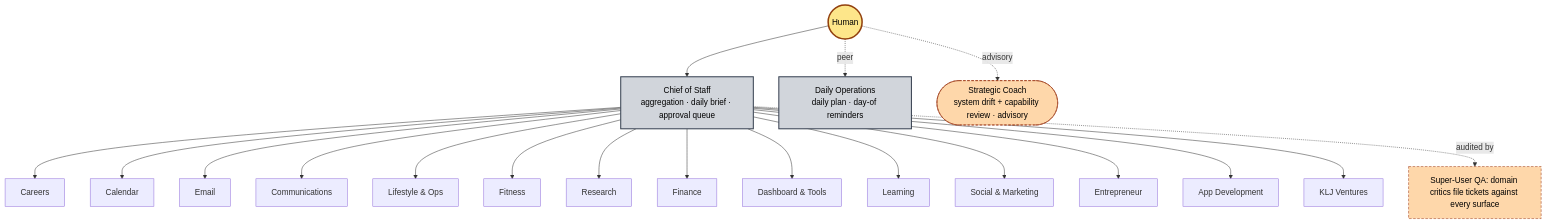
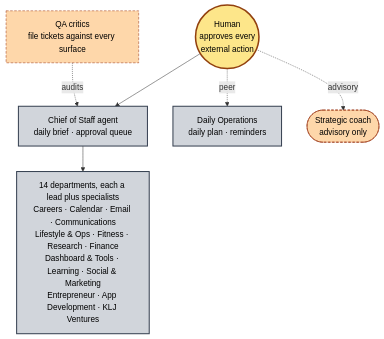
One commit to khlittlejohn-hue/executive-office changed the diagram in README.md. Above: the diagram before and after it, drawn with Mermaid. The commit also changed other lines of this file and 3 other files, not shown here.

````diff
--- a/README.md
+++ b/README.md
@@ -43,36 +66,21 @@
 ```mermaid
 flowchart TB
-    Principal(("Human"))
-    COS["Chief of Staff<br/>aggregation · daily brief · approval queue"]
-    DOPS["Daily Operations<br/>daily plan · day-of reminders"]
-    Coach(["Strategic Coach<br/>system drift + capability review · advisory"])
+    Human(("Human<br/>approves every<br/>external action"))
+    COS["Chief of Staff agent<br/>daily brief · approval queue"]
+    DEPTS["14 departments, each a lead plus specialists<br/>Careers · Calendar · Email · Communications<br/>Lifestyle & Ops · Fitness · Research · Finance<br/>Dashboard & Tools · Learning · Social & Marketing<br/>Entrepreneur · App Development · KLJ Ventures"]
+    QA["QA critics<br/>file tickets against every surface"]
+    DOPS["Daily Operations<br/>daily plan · reminders"]
+    Coach(["Strategic coach<br/>advisory only"])
 
-    Principal --> COS
-    Principal -.peer.-> DOPS
-    Principal -.advisory.-> Coach
-
-    COS --> D1["Careers"]
-    COS --> D2["Calendar"]
-    COS --> D3["Email"]
-    COS --> D4["Communications"]
-    COS --> D5["Lifestyle & Ops"]
-    COS --> D6["Fitness"]
-    COS --> D7["Research"]
-    COS --> D8["Finance"]
-    COS --> D9["Dashboard & Tools"]
-    COS --> D10["Learning"]
-    COS --> D11["Social & Marketing"]
-    COS --> D12["Entrepreneur"]
-    COS --> D13["App Development"]
-    COS --> D14["KLJ Ventures"]
-
-    QA["Super-User QA: domain critics file tickets against every surface"]
-    COS -.audited by.-> QA
+    Human --> COS --> DEPTS
+    Human -.peer.-> DOPS
+    Human -.advisory.-> Coach
+    QA -.audits.-> COS
 
     classDef p fill:#fde68a,stroke:#92400e,stroke-width:3px,color:#000
     classDef c fill:#d1d5db,stroke:#374151,stroke-width:2px,color:#000
     classDef a fill:#fed7aa,stroke:#9a3412,stroke-dasharray:5 3,color:#000
-    class Principal p
-    class COS,DOPS c
+    class Human p
+    class COS,DEPTS,DOPS c
     class Coach,QA a
 ```
````
